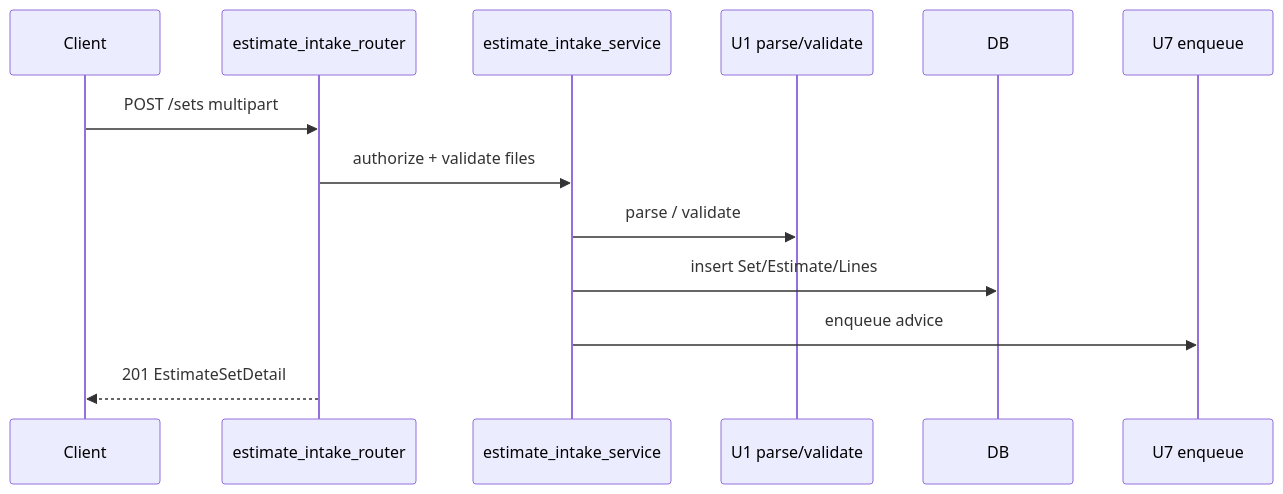
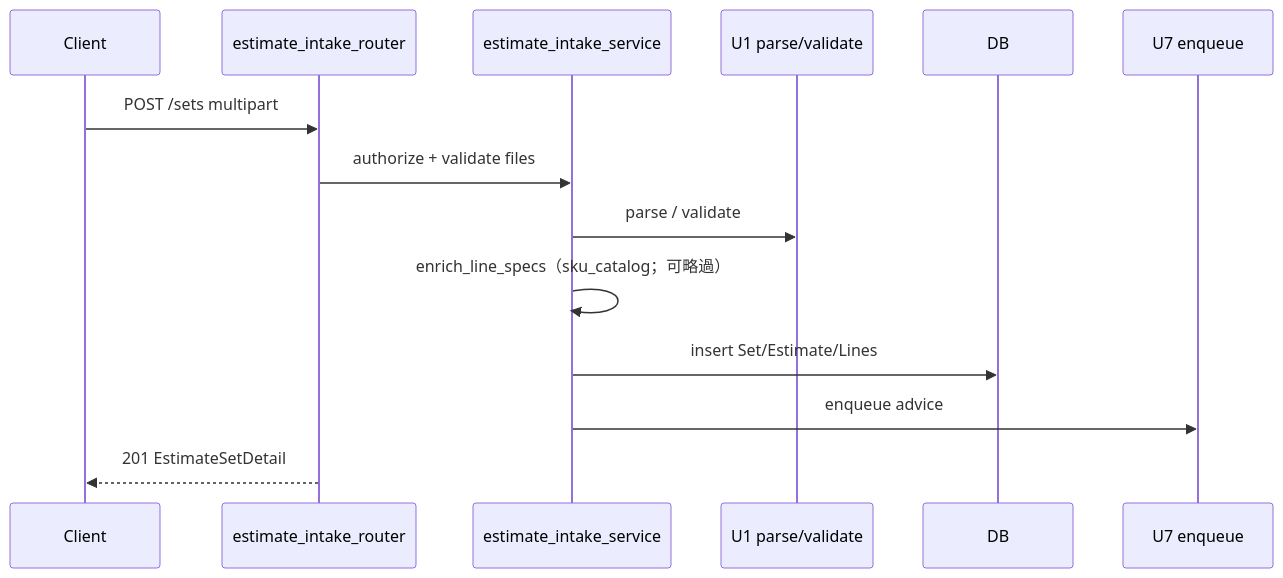
One commit to opendiamonds/cloud-360 changed the first of 3 diagrams in aidlc/spaces/default/intents/260916-estimate-upload-rework/construction/estimate-intake-api/functional-design/functional-spec.md. Above: the diagram before and after it, drawn with Mermaid. The commit also changed other lines of this file and 56 other files, not shown here.

````diff
--- a/aidlc/spaces/default/intents/260916-estimate-upload-rework/construction/estimate-intake-api/functional-design/functional-spec.md
+++ b/aidlc/spaces/default/intents/260916-estimate-upload-rework/construction/estimate-intake-api/functional-design/functional-spec.md
@@ -31,15 +31,16 @@
 ```mermaid
 sequenceDiagram
   participant C as Client
   participant R as estimate_intake_router
   participant S as estimate_intake_service
   participant P as U1 parse/validate
   participant DB as DB
   participant Q as U7 enqueue
   C->>R: POST /sets multipart
   R->>S: authorize + validate files
   S->>P: parse / validate
+  S->>S: enrich_line_specs（sku_catalog；可略過）
   S->>DB: insert Set/Estimate/Lines
   S->>Q: enqueue advice
   R-->>C: 201 EstimateSetDetail
 ```
````
